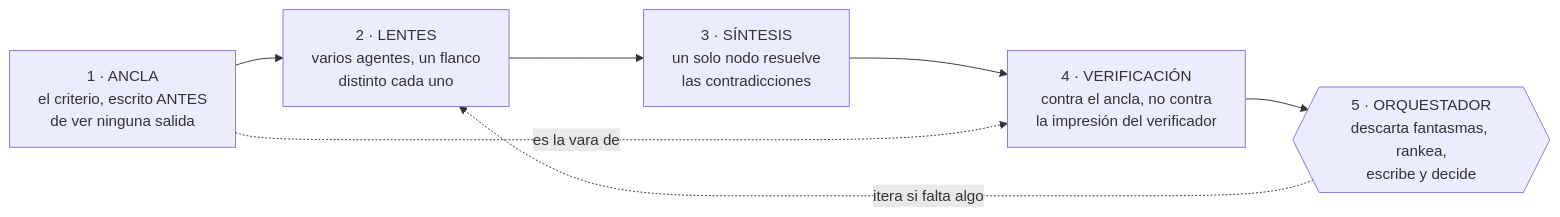
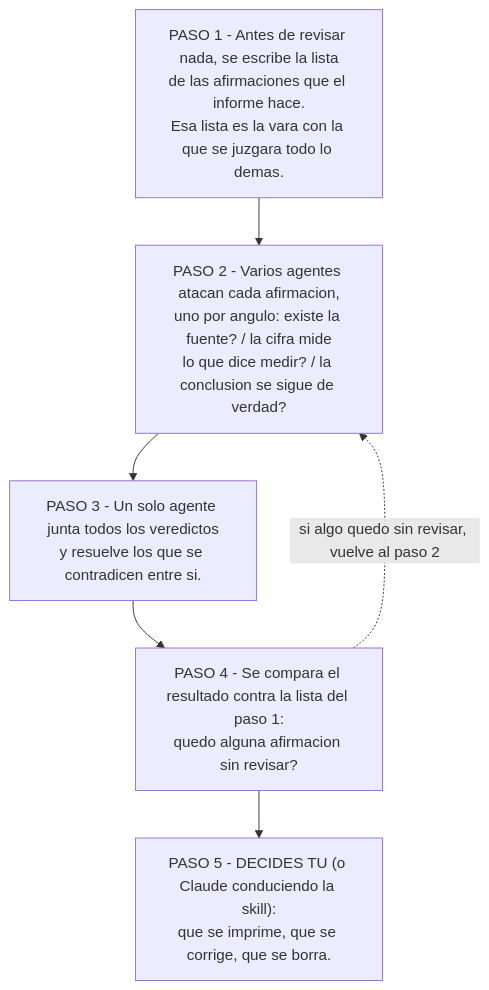
Before and after one commit to JoaquinMulet/kumo-skills: the third of 3 diagrams in README.md, drawn with Mermaid. The commit also changed other lines of this file and 1 other file, not shown here.

````diff
--- a/README.md
+++ b/README.md
@@ -81,12 +118,11 @@
 ```mermaid
-flowchart LR
-  A["1 · ANCLA<br/>el criterio, escrito ANTES<br/>de ver ninguna salida"]
-  B["2 · LENTES<br/>varios agentes, un flanco<br/>distinto cada uno"]
-  C["3 · SÍNTESIS<br/>un solo nodo resuelve<br/>las contradicciones"]
-  D["4 · VERIFICACIÓN<br/>contra el ancla, no contra<br/>la impresión del verificador"]
-  E{{"5 · ORQUESTADOR<br/>descarta fantasmas, rankea,<br/>escribe y decide"}}
+flowchart TD
+  P1["PASO 1 - Antes de revisar nada, se escribe la lista<br/>de las afirmaciones que el informe hace.<br/>Esa lista es la vara con la que se juzgara todo lo demas."]
+  P2["PASO 2 - Varios agentes atacan cada afirmacion,<br/>uno por angulo: existe la fuente? / la cifra mide<br/>lo que dice medir? / la conclusion se sigue de verdad?"]
+  P3["PASO 3 - Un solo agente junta todos los veredictos<br/>y resuelve los que se contradicen entre si."]
+  P4["PASO 4 - Se compara el resultado contra la lista del paso 1:<br/>quedo alguna afirmacion sin revisar?"]
+  P5["PASO 5 - DECIDES TU (o Claude conduciendo la skill):<br/>que se imprime, que se corrige, que se borra."]
 
-  A --> B --> C --> D --> E
-  A -.->|"es la vara de"| D
-  E -.->|"itera si falta algo"| B
+  P1 --> P2 --> P3 --> P4 --> P5
+  P4 -.->|"si algo quedo sin revisar, vuelve al paso 2"| P2
 ```
````
